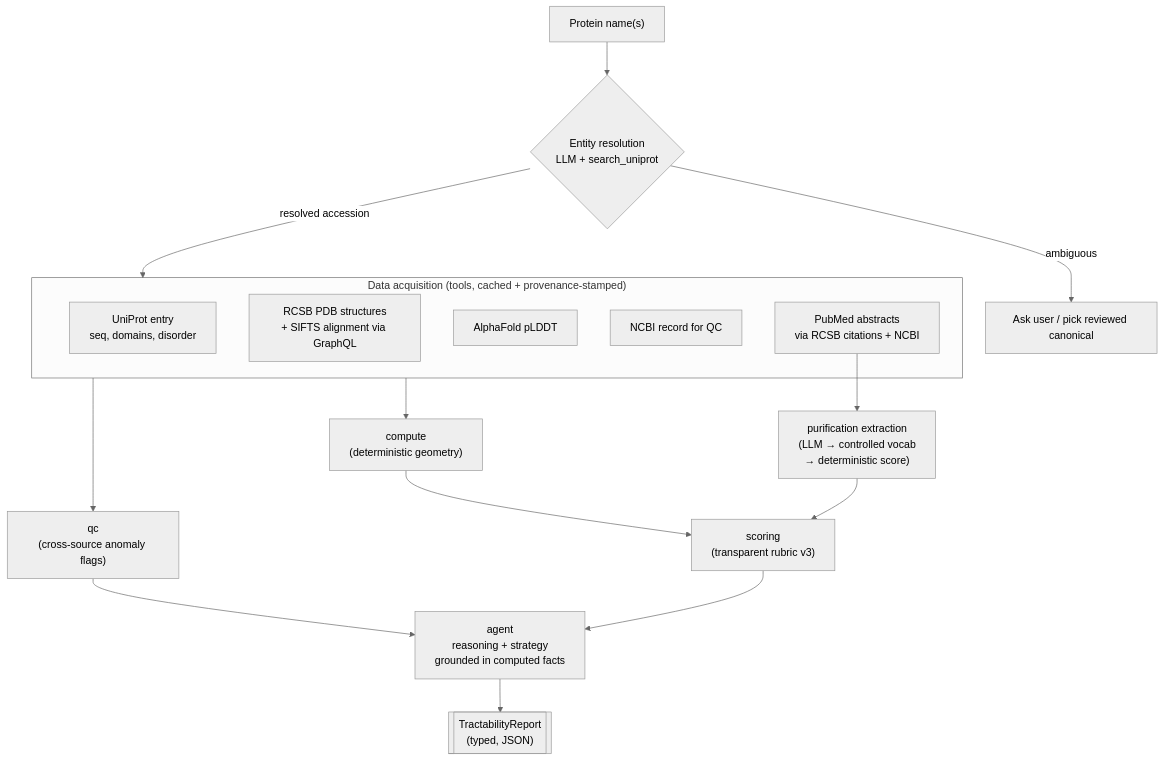
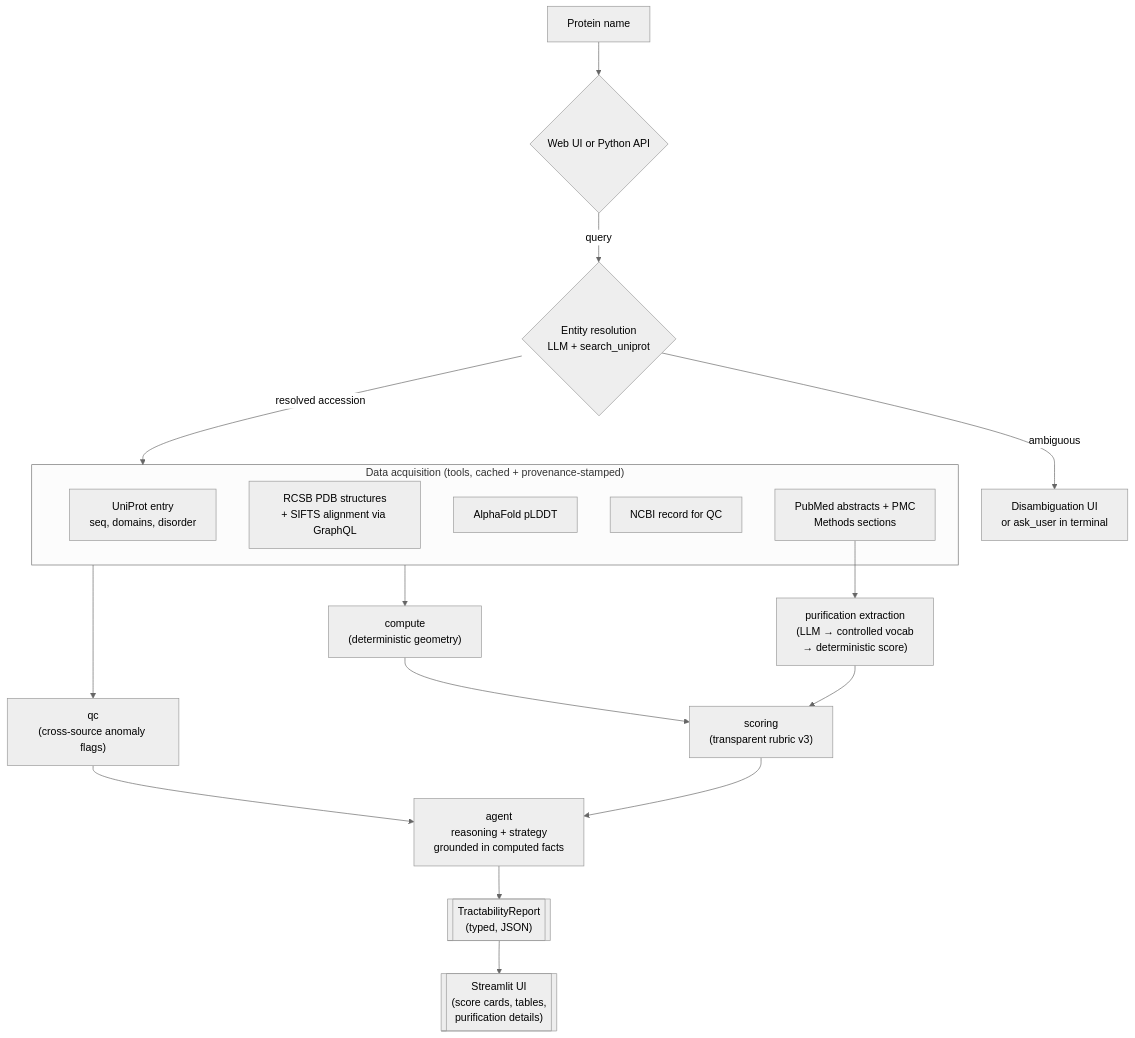
One commit to djokerdude/protein_structure_tractability changed the diagram in README.md. Above: the diagram before and after it, drawn with Mermaid (neutral theme). The commit also changed other lines of this file and 46 other files, not shown here.

First line of the commit message:
Add Streamlit web UI and update README with BRCA1 example

````diff
--- a/README.md
+++ b/README.md
@@ -100,23 +148,25 @@
 ```mermaid
 flowchart TD
-    Q["Protein name(s)"] --> R{Entity resolution<br/>LLM + search_uniprot}
-    R -->|ambiguous| ASK[Ask user / pick reviewed canonical]
+    Q["Protein name"] --> UI{Web UI or Python API}
+    UI -->|query| R{Entity resolution<br/>LLM + search_uniprot}
+    R -->|ambiguous| ASK[Disambiguation UI<br/>or ask_user in terminal]
     R -->|resolved accession| ACQ
 
     subgraph ACQ["Data acquisition (tools, cached + provenance-stamped)"]
         U[UniProt entry<br/>seq, domains, disorder]
         P[RCSB PDB structures<br/>+ SIFTS alignment via GraphQL]
         A[AlphaFold pLDDT]
         N[NCBI record for QC]
-        PB[PubMed abstracts<br/>via RCSB citations + NCBI]
+        PB[PubMed abstracts + PMC<br/>Methods sections]
     end
 
     ACQ --> C["compute<br/>(deterministic geometry)"]
     C --> SC["scoring<br/>(transparent rubric v3)"]
     PB --> PUR["purification extraction<br/>(LLM → controlled vocab<br/>→ deterministic score)"]
     PUR --> SC
     ACQ --> QC["qc<br/>(cross-source anomaly flags)"]
     SC --> AG["agent<br/>reasoning + strategy<br/>grounded in computed facts"]
     QC --> AG
     AG --> REP[["TractabilityReport<br/>(typed, JSON)"]]
+    REP --> WEBUI[["Streamlit UI<br/>(score cards, tables,<br/>purification details)"]]
 ```
````
